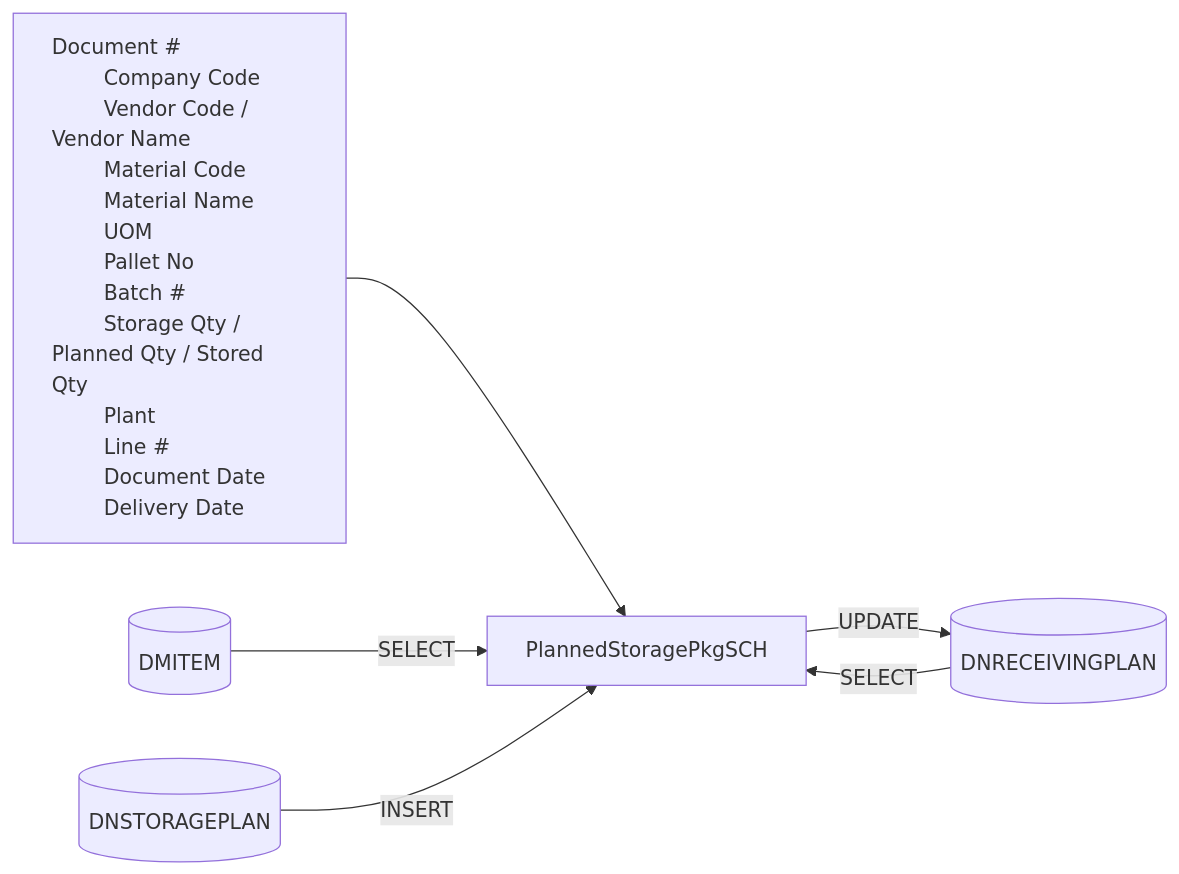
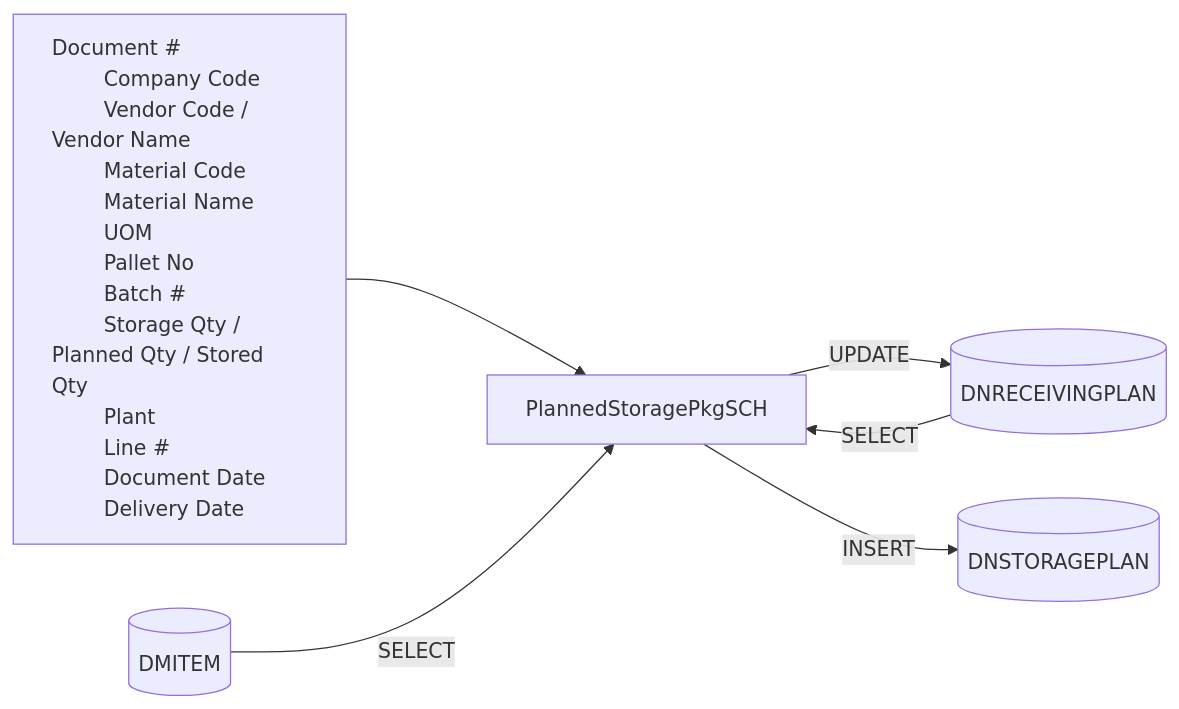
Before and after one commit to luthfiadityaa/SimeDarby-Wiki: the first of 2 diagrams in Basic-Design/DFD-WMS/Storage/[SCREEN-ONLY]-Planned-Storage-Packaging-Material.md, drawn with Mermaid.

Commit message:
Updated [SCREEN ONLY] Planned Storage Packaging Material

```diff
--- a/Basic-Design/DFD-WMS/Storage/[SCREEN-ONLY]-Planned-Storage-Packaging-Material.md
+++ b/Basic-Design/DFD-WMS/Storage/[SCREEN-ONLY]-Planned-Storage-Packaging-Material.md
@@ -35,39 +35,39 @@
 ::: mermaid
 flowchart LR
     input[
         Document #
         Company Code
         Vendor Code / Vendor Name
         Material Code
         Material Name
         UOM
         Pallet No        
         Batch #
         Storage Qty / Planned Qty / Stored Qty        
         Plant
         Line #
         Document Date
         Delivery Date
     ]
 
     tableList-select[("
         DMITEM
     ")]
 
     tableList-select2[("
         DNRECEIVINGPLAN
     ")]
 
     tableList-select3[("
         DNSTORAGEPLAN
     ")]
 
     className[PlannedStoragePkgSCH]
 
     input --> className--> |UPDATE| tableList-select2
     tableList-select--> |SELECT| className 
     tableList-select2--> |SELECT| className
-    tableList-select3--> |INSERT| className  
+    className --> |INSERT| tableList-select3
 
     style input text-align:left
 :::
```
